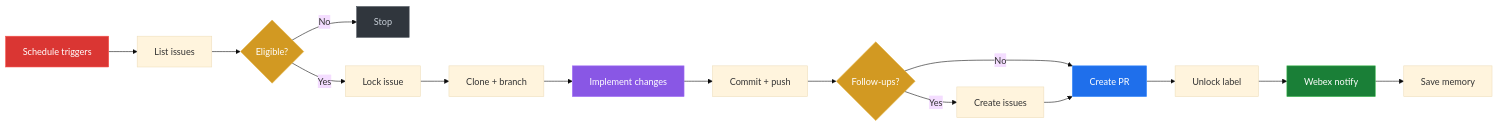
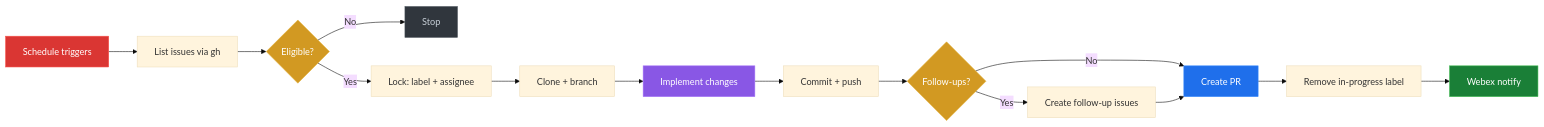
One commit to artdroz/deep-agents-demo changed the second of 7 diagrams in ARCHITECTURE.md. Above: the diagram before and after it, drawn with Mermaid (base theme). The commit also changed other lines of this file, not shown here.

First line of the commit message:
docs: expand architecture with multi-agent system, supervisor, and devops agent

````diff
--- a/ARCHITECTURE.md
+++ b/ARCHITECTURE.md
@@ -70,25 +110,24 @@
 ```mermaid
 graph LR
-    A["Schedule triggers"] --> B["List issues"]
+    A["Schedule triggers"] --> B["List issues via gh"]
     B --> C{"Eligible?"}
     C -->|No| Stop["Stop"]
-    C -->|Yes| D["Lock issue"]
+    C -->|Yes| D["Lock: label + assignee"]
     D --> E["Clone + branch"]
     E --> F["Implement changes"]
     F --> G["Commit + push"]
     G --> H{"Follow-ups?"}
-    H -->|Yes| I["Create issues"]
+    H -->|Yes| I["Create follow-up issues"]
     H -->|No| J["Create PR"]
     I --> J
-    J --> K["Unlock label"]
+    J --> K["Remove in-progress label"]
     K --> L["Webex notify"]
-    L --> M["Save memory"]
 
     style A fill:#da3633,stroke:#f85149,color:#fff
     style F fill:#8957e5,stroke:#a371f7,color:#fff
     style J fill:#1f6feb,stroke:#388bfd,color:#fff
     style L fill:#1a7f37,stroke:#3fb950,color:#fff
     style Stop fill:#30363d,stroke:#484f58,color:#c9d1d9
     style C fill:#d29922,stroke:#e3b341,color:#fff
     style H fill:#d29922,stroke:#e3b341,color:#fff
 ```
````
